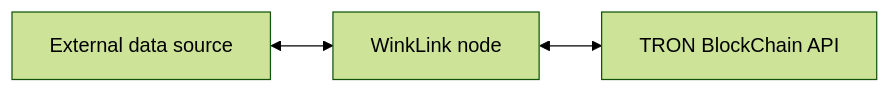
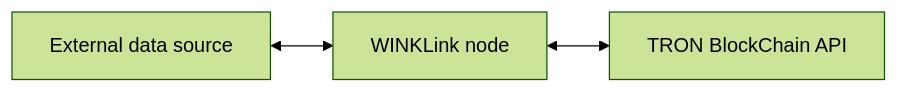
Before and after one commit to wink-link/winklink-doc: the first of 3 diagrams in docs/en/architecture.md, drawn with Mermaid (forest theme). The commit also changed other lines of this file and 10 other files, not shown here.

Commit message:
rename WinkLink as WINKLink

````diff
--- a/docs/en/architecture.md
+++ b/docs/en/architecture.md
@@ -6,4 +6,4 @@
 ```mermaid
 flowchart LR
-    A[External data source] <--> B[WinkLink node] <--> C[TRON BlockChain API]
+    A[External data source] <--> B[WINKLink node] <--> C[TRON BlockChain API]
 ```
````
